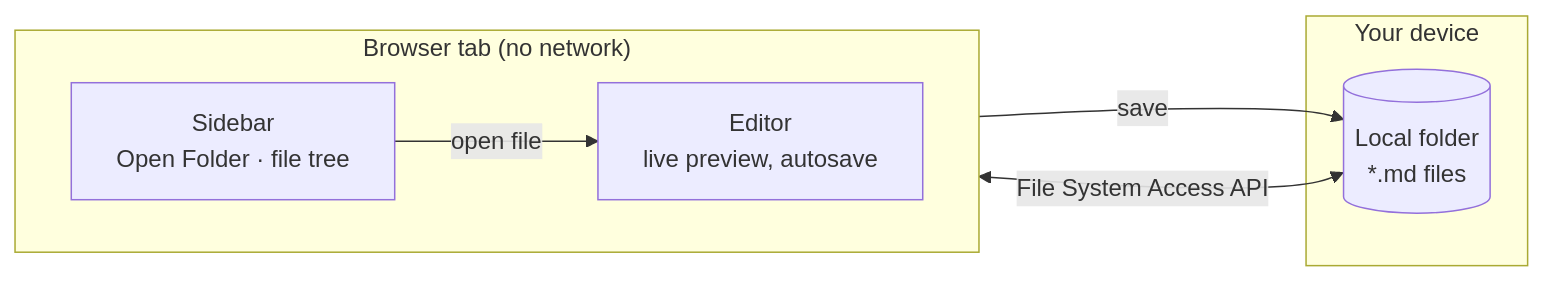
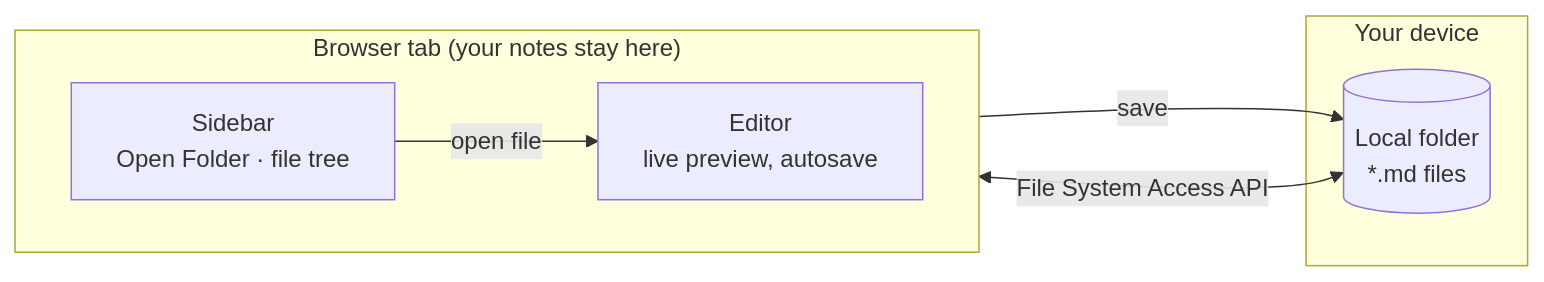
Before and after one commit to mau628/HAMDE: the diagram in README.md, drawn with Mermaid. The commit also changed other lines of this file and 45 other files, not shown here.

````diff
--- a/README.md
+++ b/README.md
@@ -19,16 +19,16 @@
 ```mermaid
 flowchart LR
   subgraph disk["Your device"]
     folder[("Local folder<br/>*.md files")]
   end
 
-  subgraph browser["Browser tab (no network)"]
+  subgraph browser["Browser tab (your notes stay here)"]
     direction LR
     sidebar["Sidebar<br/>Open Folder · file tree"]
     editor["Editor<br/>live preview, autosave"]
     sidebar -- "open file" --> editor
   end
 
   folder <-- "File System Access API" --> sidebar
   editor -- "save" --> folder
 ```
````
